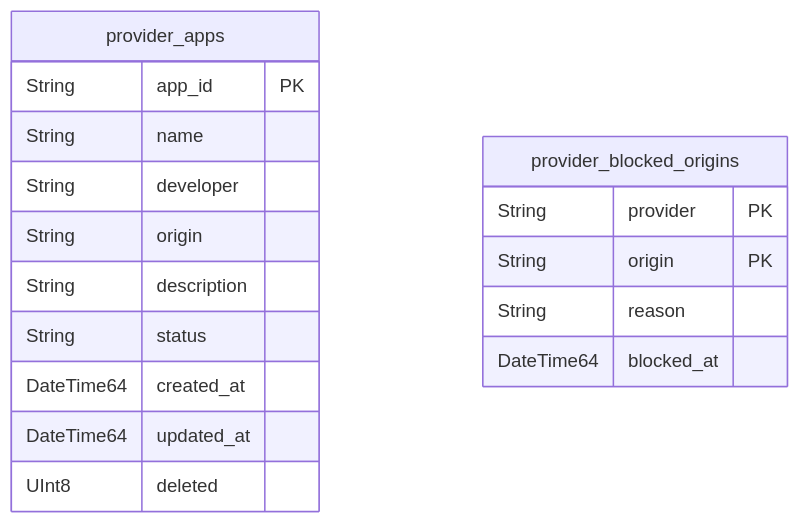
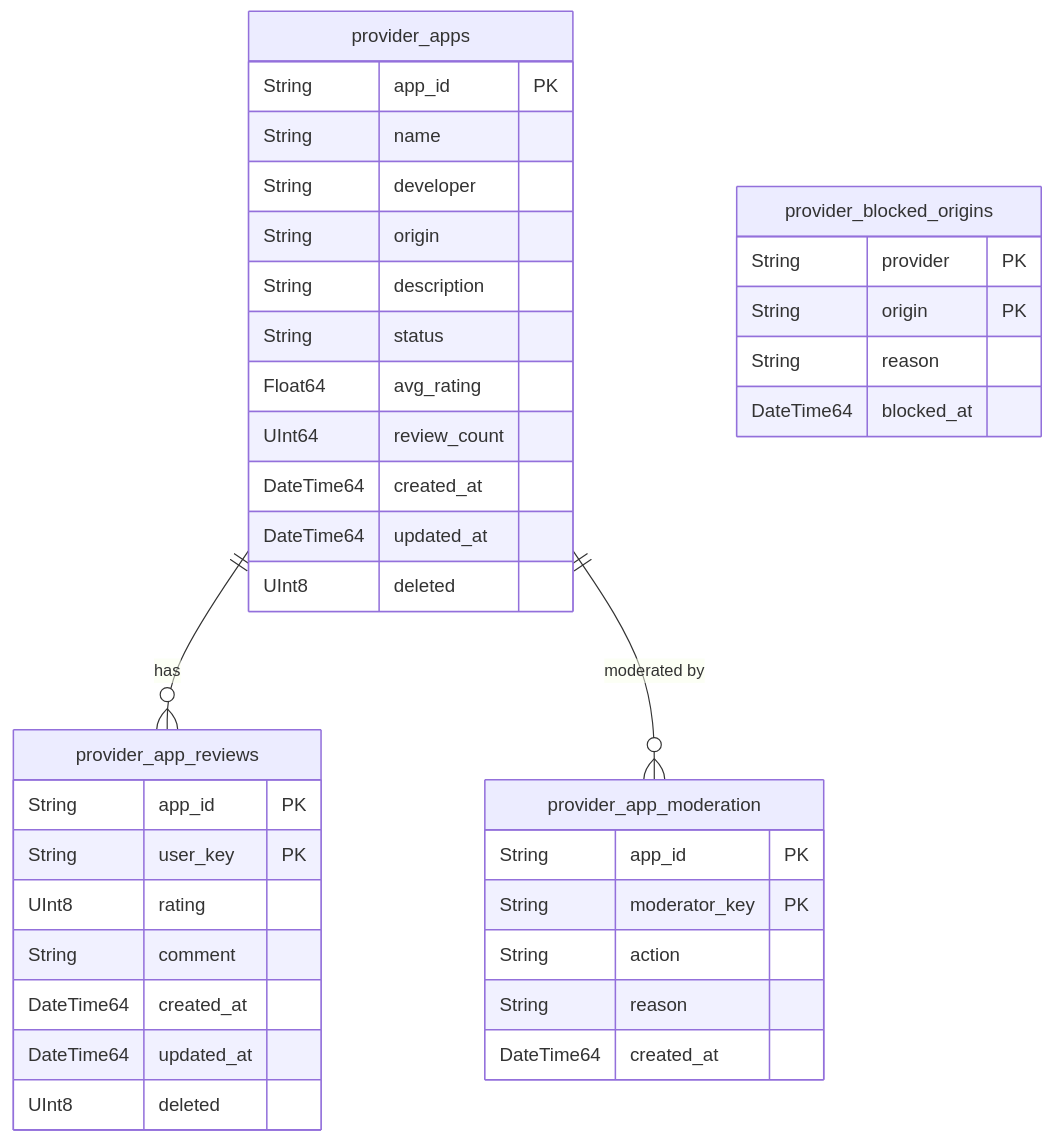
One commit to jacoby149/web10 changed the second of 3 diagrams in knowledge/knowledge-base/web10-v3/db/clickhouse.md. Above: the diagram before and after it, drawn with Mermaid. The commit also changed other lines of this file, not shown here.

First line of the commit message:
feat: add provider app reviews and moderation tables

````diff
--- a/knowledge/knowledge-base/web10-v3/db/clickhouse.md
+++ b/knowledge/knowledge-base/web10-v3/db/clickhouse.md
@@ -104,20 +104,41 @@
 ```mermaid
 erDiagram
     provider_apps {
         String app_id PK
         String name
         String developer
         String origin
         String description
         String status
+        Float64 avg_rating
+        UInt64 review_count
         DateTime64 created_at
         DateTime64 updated_at
         UInt8 deleted
+    }
+    provider_app_reviews {
+        String app_id PK
+        String user_key PK
+        UInt8 rating
+        String comment
+        DateTime64 created_at
+        DateTime64 updated_at
+        UInt8 deleted
+    }
+    provider_app_moderation {
+        String app_id PK
+        String moderator_key PK
+        String action
+        String reason
+        DateTime64 created_at
     }
     provider_blocked_origins {
         String provider PK
         String origin PK
         String reason
         DateTime64 blocked_at
     }
+
+    provider_apps ||--o{ provider_app_reviews : "has"
+    provider_apps ||--o{ provider_app_moderation : "moderated by"
 ```
````
